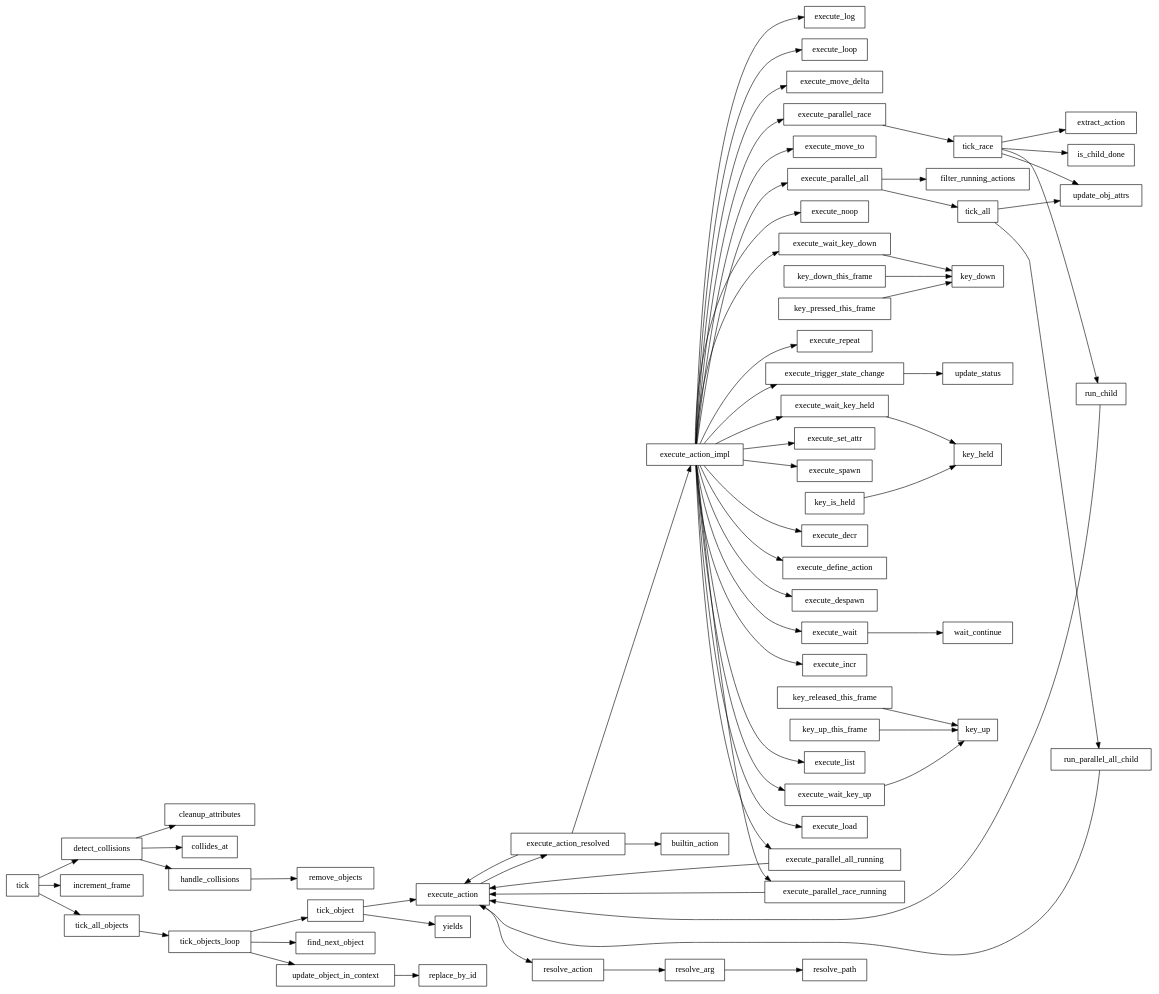
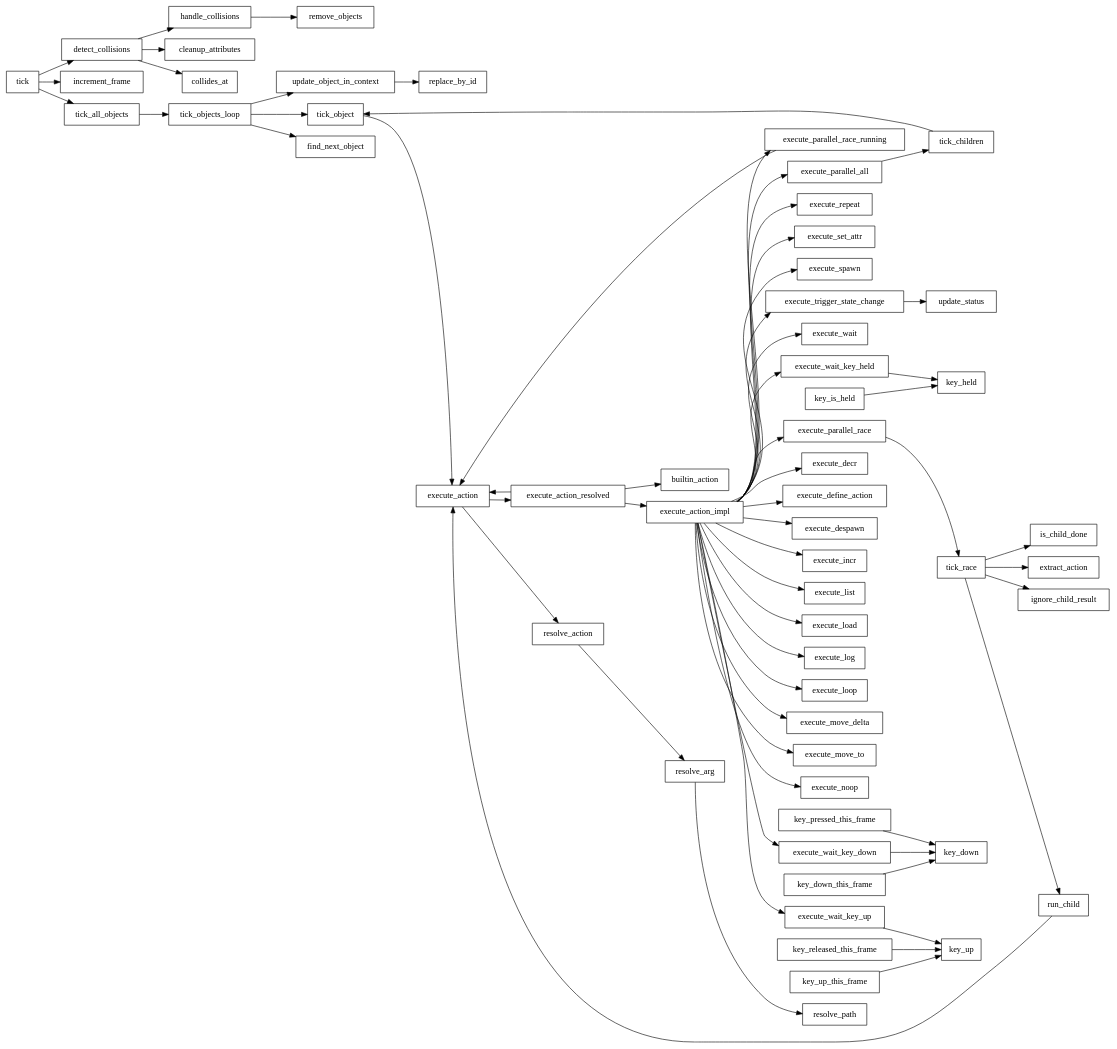
One commit to fredrik-hjarner/prologinator changed the diagram in graph.dot. Above: the diagram before and after it, drawn with Graphviz. The commit also changed 4 other files, not shown here.

Commit message:
fixed parallel_all but... it all broke because of the useless module system.

```diff
--- a/graph.dot
+++ b/graph.dot
@@ -1,71 +1,64 @@
 digraph G {
   rankdir=LR;
   node [shape=box];
   "detect_collisions" -> "cleanup_attributes";
   "detect_collisions" -> "collides_at";
   "detect_collisions" -> "handle_collisions";
   "execute_action" -> "execute_action_resolved";
   "execute_action" -> "resolve_action";
   "execute_action_impl" -> "execute_decr";
   "execute_action_impl" -> "execute_define_action";
   "execute_action_impl" -> "execute_despawn";
   "execute_action_impl" -> "execute_incr";
   "execute_action_impl" -> "execute_list";
   "execute_action_impl" -> "execute_load";
   "execute_action_impl" -> "execute_log";
   "execute_action_impl" -> "execute_loop";
   "execute_action_impl" -> "execute_move_delta";
   "execute_action_impl" -> "execute_move_to";
   "execute_action_impl" -> "execute_noop";
   "execute_action_impl" -> "execute_parallel_all";
-  "execute_action_impl" -> "execute_parallel_all_running";
   "execute_action_impl" -> "execute_parallel_race";
   "execute_action_impl" -> "execute_parallel_race_running";
   "execute_action_impl" -> "execute_repeat";
   "execute_action_impl" -> "execute_set_attr";
   "execute_action_impl" -> "execute_spawn";
   "execute_action_impl" -> "execute_trigger_state_change";
   "execute_action_impl" -> "execute_wait";
   "execute_action_impl" -> "execute_wait_key_down";
   "execute_action_impl" -> "execute_wait_key_held";
   "execute_action_impl" -> "execute_wait_key_up";
   "execute_action_resolved" -> "builtin_action";
   "execute_action_resolved" -> "execute_action";
   "execute_action_resolved" -> "execute_action_impl";
-  "execute_parallel_all" -> "filter_running_actions";
-  "execute_parallel_all" -> "tick_all";
-  "execute_parallel_all_running" -> "execute_action";
+  "execute_parallel_all" -> "tick_children";
   "execute_parallel_race" -> "tick_race";
   "execute_parallel_race_running" -> "execute_action";
   "execute_trigger_state_change" -> "update_status";
-  "execute_wait" -> "wait_continue";
   "execute_wait_key_down" -> "key_down";
   "execute_wait_key_held" -> "key_held";
   "execute_wait_key_up" -> "key_up";
   "handle_collisions" -> "remove_objects";
   "key_down_this_frame" -> "key_down";
   "key_is_held" -> "key_held";
   "key_pressed_this_frame" -> "key_down";
   "key_released_this_frame" -> "key_up";
   "key_up_this_frame" -> "key_up";
   "resolve_action" -> "resolve_arg";
   "resolve_arg" -> "resolve_path";
   "run_child" -> "execute_action";
-  "run_parallel_all_child" -> "execute_action";
   "tick" -> "detect_collisions";
   "tick" -> "increment_frame";
   "tick" -> "tick_all_objects";
-  "tick_all" -> "run_parallel_all_child";
-  "tick_all" -> "update_obj_attrs";
   "tick_all_objects" -> "tick_objects_loop";
+  "tick_children" -> "tick_object";
   "tick_object" -> "execute_action";
-  "tick_object" -> "yields";
   "tick_objects_loop" -> "find_next_object";
   "tick_objects_loop" -> "tick_object";
   "tick_objects_loop" -> "update_object_in_context";
   "tick_race" -> "extract_action";
+  "tick_race" -> "ignore_child_result";
   "tick_race" -> "is_child_done";
   "tick_race" -> "run_child";
-  "tick_race" -> "update_obj_attrs";
   "update_object_in_context" -> "replace_by_id";
 }
```
